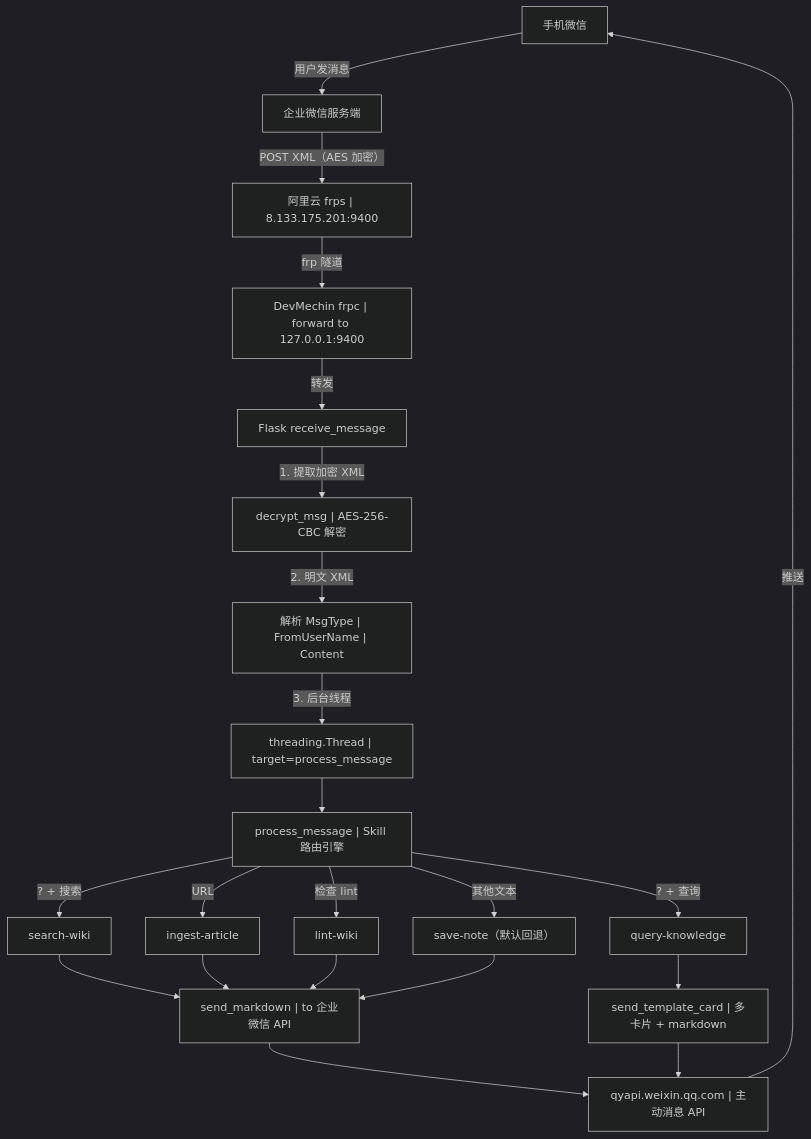
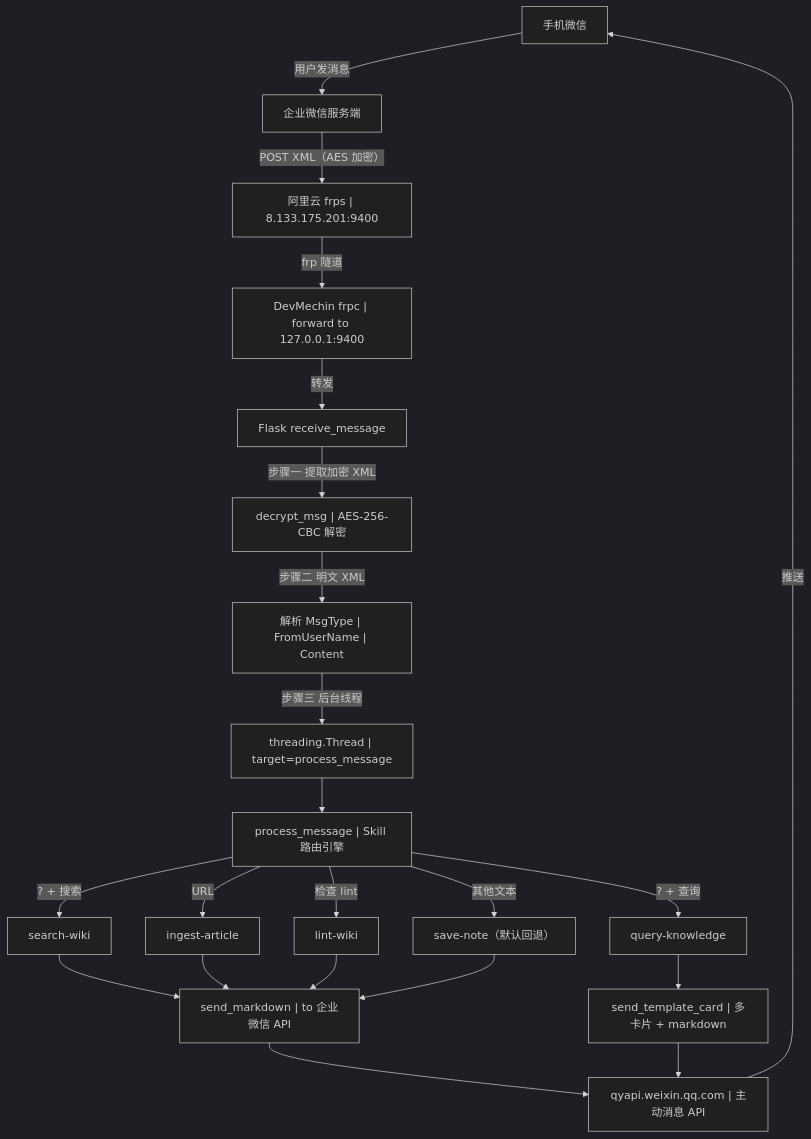
Before and after one commit to JXY001A/knowledge-wiki: the second of 8 diagrams in wiki/综合分析/2026-05-23 Phase 2 实现详细流程图.md, drawn with Mermaid (dark theme).

Commit message:
fix: 清除边标签 1. 2. 3. — 第二节连线上的 Unsupported markdown: list

````diff
--- a/wiki/综合分析/2026-05-23 Phase 2 实现详细流程图.md
+++ b/wiki/综合分析/2026-05-23 Phase 2 实现详细流程图.md
@@ -115,24 +115,24 @@
 ```mermaid
 flowchart TD
     WX["手机微信"] -->|"用户发消息"| WXServer["企业微信服务端"]
     WXServer -->|"POST XML（AES 加密）"| Frps["阿里云 frps | 8.133.175.201:9400"]
     Frps -->|"frp 隧道"| Frpc["DevMechin frpc | forward to 127.0.0.1:9400"]
     Frpc -->|"转发"| Flask["Flask receive_message"]
-    Flask -->|"1. 提取加密 XML"| Decrypt["decrypt_msg | AES-256-CBC 解密"]
-    Decrypt -->|"2. 明文 XML"| Parse["解析 MsgType | FromUserName | Content"]
-    Parse -->|"3. 后台线程"| Thread["threading.Thread | target=process_message"]
+    Flask -->|"步骤一 提取加密 XML"| Decrypt["decrypt_msg | AES-256-CBC 解密"]
+    Decrypt -->|"步骤二 明文 XML"| Parse["解析 MsgType | FromUserName | Content"]
+    Parse -->|"步骤三 后台线程"| Thread["threading.Thread | target=process_message"]
     Thread --> Dispatch["process_message | Skill 路由引擎"]
     Dispatch -->|"? + 搜索"| SkillSearch["search-wiki"]
     Dispatch -->|"? + 查询"| SkillQuery["query-knowledge"]
     Dispatch -->|"URL"| SkillIngest["ingest-article"]
     Dispatch -->|"检查 lint"| SkillLint["lint-wiki"]
     Dispatch -->|"其他文本"| SkillSave["save-note（默认回退）"]
     SkillSearch --> Reply["send_markdown | to 企业微信 API"]
     SkillQuery --> ReplyCards["send_template_card | 多卡片 + markdown"]
     SkillIngest --> Reply
     SkillLint --> Reply
     SkillSave --> Reply
     Reply --> WXAPI["qyapi.weixin.qq.com | 主动消息 API"]
     ReplyCards --> WXAPI
     WXAPI -->|"推送"| WX
 ```
````
